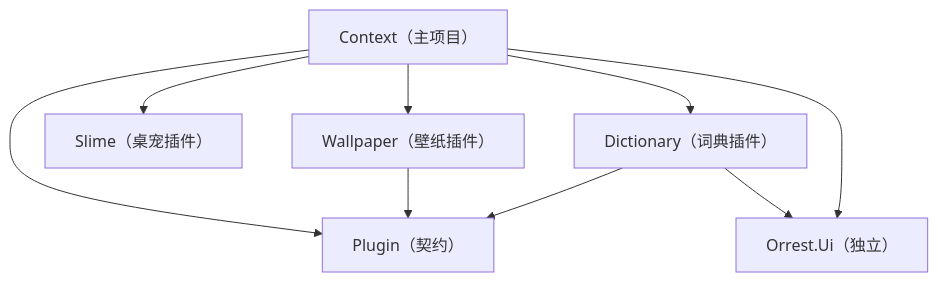
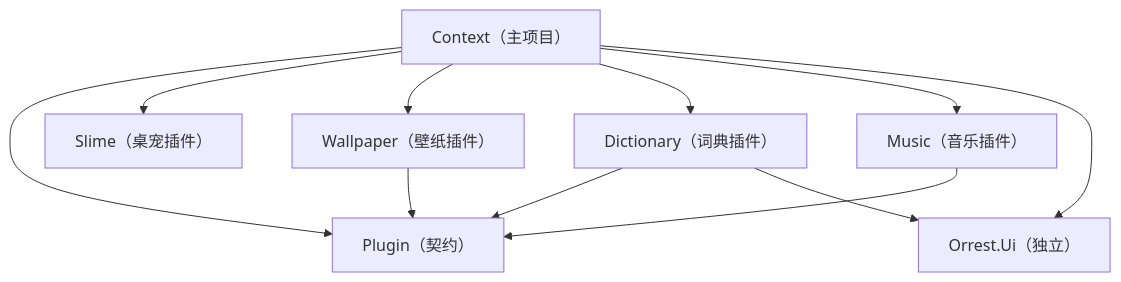
The diagram in ARCHITECTURE.md (orrest/Context), drawn with Mermaid before and after one commit. The commit also changed other lines of this file and 63 other files, not shown here.

````diff
--- a/ARCHITECTURE.md
+++ b/ARCHITECTURE.md
@@ -43,18 +44,21 @@
 ```mermaid
 graph TD
     Context["Context（主项目）"]
     Plugin["Plugin（契约）"]
     Slime["Slime（桌宠插件）"]
     Wallpaper["Wallpaper（壁纸插件）"]
     Dictionary["Dictionary（词典插件）"]
+    Music["Music（音乐插件）"]
     Ui["Orrest.Ui（独立）"]
 
     Context --> Plugin
     Context --> Slime
     Context --> Wallpaper
     Context --> Dictionary
+    Context --> Music
     Context --> Ui
     Wallpaper --> Plugin
     Dictionary --> Plugin
     Dictionary --> Ui
+    Music --> Plugin
 ```
````
